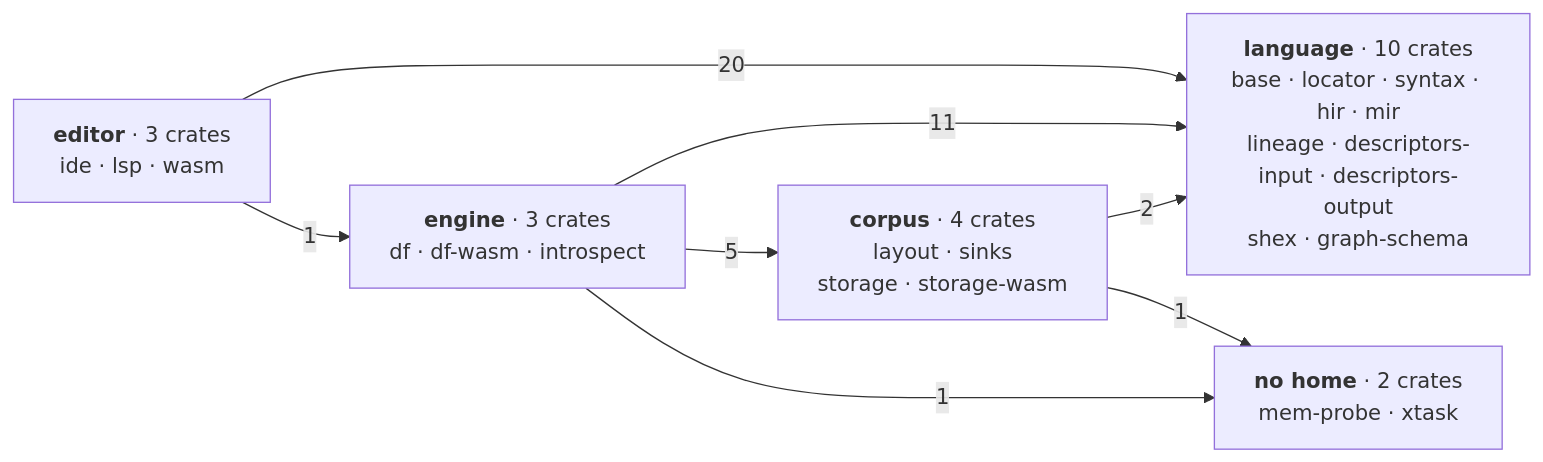
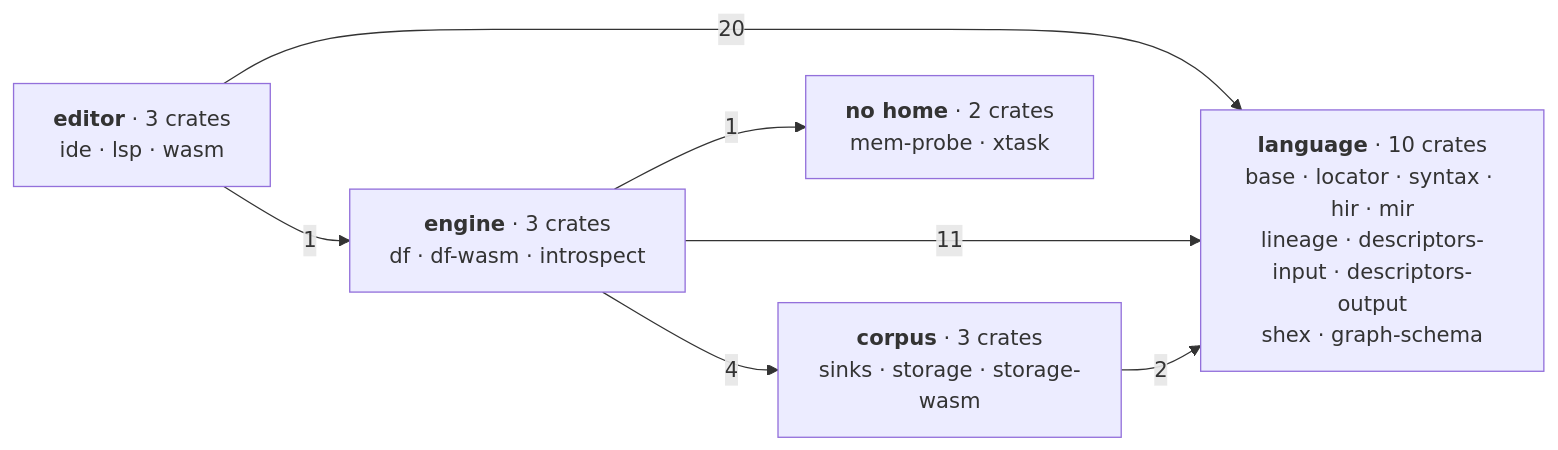
The first of 3 diagrams in docs/content/docs/(root)/architecture.mdx (Kanzo-Tech/fossil-lang), drawn with Mermaid before and after one commit. The commit also changed other lines of this file and 33 other files, not shown here.

````diff
--- a/docs/content/docs/(root)/architecture.mdx
+++ b/docs/content/docs/(root)/architecture.mdx
@@ -110,16 +92,15 @@
 ```mermaid
 graph LR
   L["<b>language</b> · 10 crates<br/>base · locator · syntax · hir · mir<br/>lineage · descriptors-input · descriptors-output<br/>shex · graph-schema"]
   E["<b>editor</b> · 3 crates<br/>ide · lsp · wasm"]
   M["<b>engine</b> · 3 crates<br/>df · df-wasm · introspect"]
-  C["<b>corpus</b> · 4 crates<br/>layout · sinks<br/>storage · storage-wasm"]
+  C["<b>corpus</b> · 3 crates<br/>sinks · storage · storage-wasm"]
   X["<b>no home</b> · 2 crates<br/>mem-probe · xtask"]
 
   E -->|20| L
   E -->|1| M
   M -->|11| L
-  M -->|5| C
+  M -->|4| C
   M -->|1| X
   C -->|2| L
-  C -->|1| X
 ```
````
